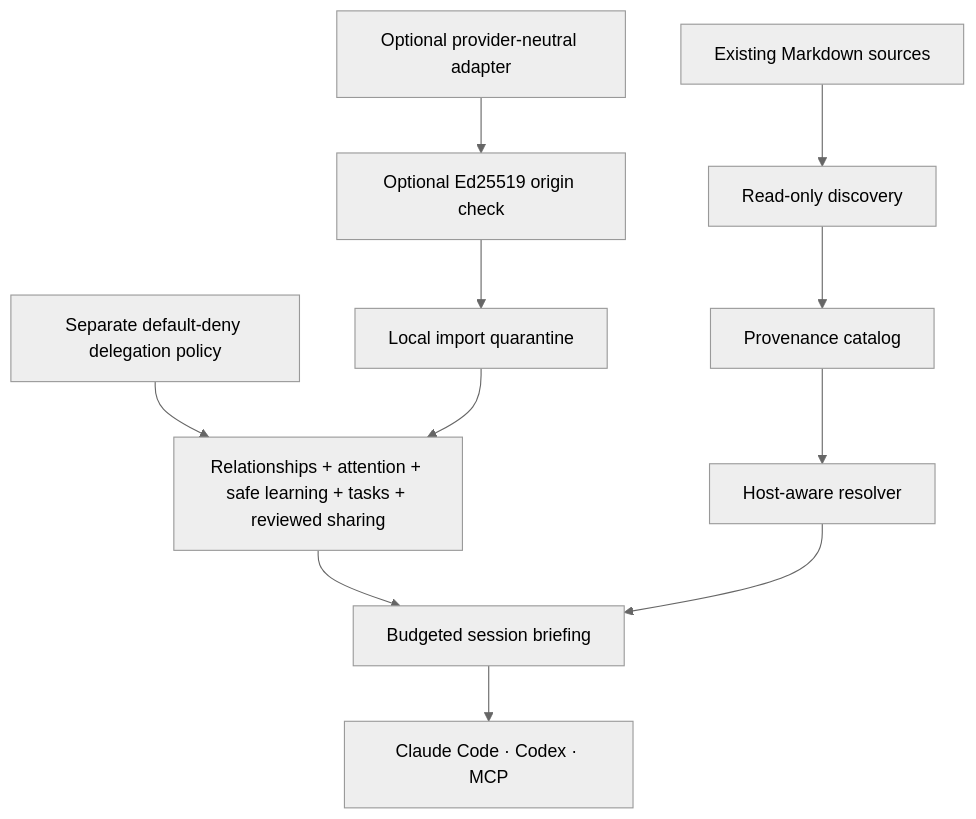
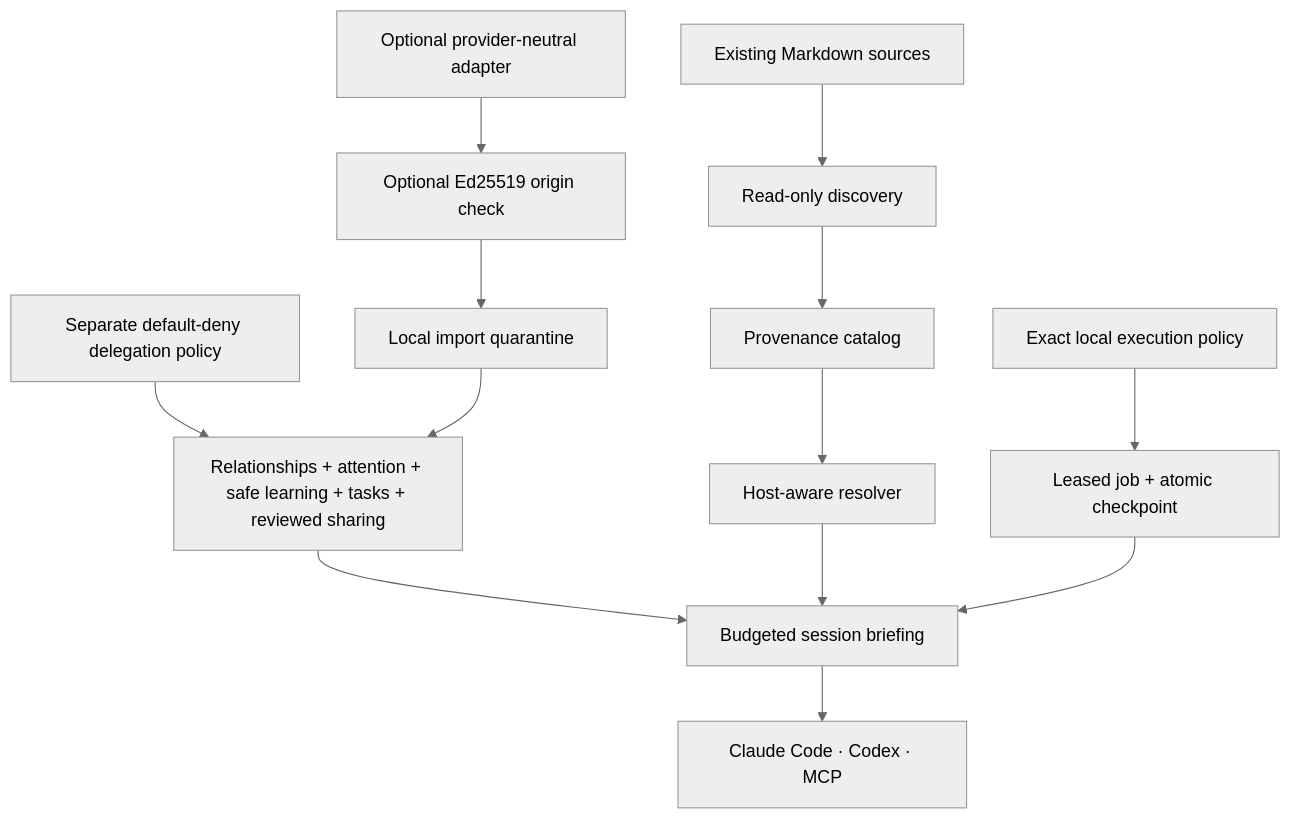
One commit to Maykbiletti/AgentSpine changed the first of 2 diagrams in README.md. Above: the diagram before and after it, drawn with Mermaid (neutral theme). The commit also changed other lines of this file and 30 other files, not shown here.

````diff
--- a/README.md
+++ b/README.md
@@ -30,11 +30,12 @@
 ```mermaid
 flowchart TB
     A["Existing Markdown sources"] --> B["Read-only discovery"]
     B --> C["Provenance catalog"]
     C --> D["Host-aware resolver"]
     F["Relationships + attention + safe learning + tasks + reviewed sharing"] --> G["Budgeted session briefing"]
     D --> G
     P["Separate default-deny delegation policy"] --> F
+    Y["Exact local execution policy"] --> J["Leased job + atomic checkpoint"] --> G
     X["Optional provider-neutral adapter"] --> S["Optional Ed25519 origin check"] --> Q["Local import quarantine"] --> F
     G --> E["Claude Code · Codex · MCP"]
 ```
````
